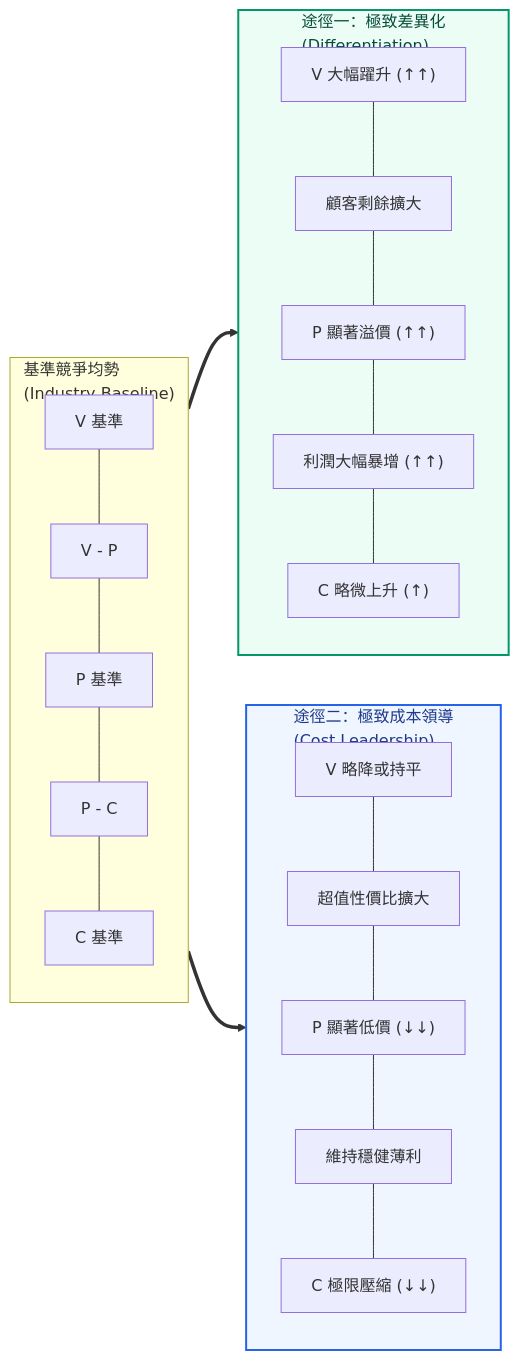
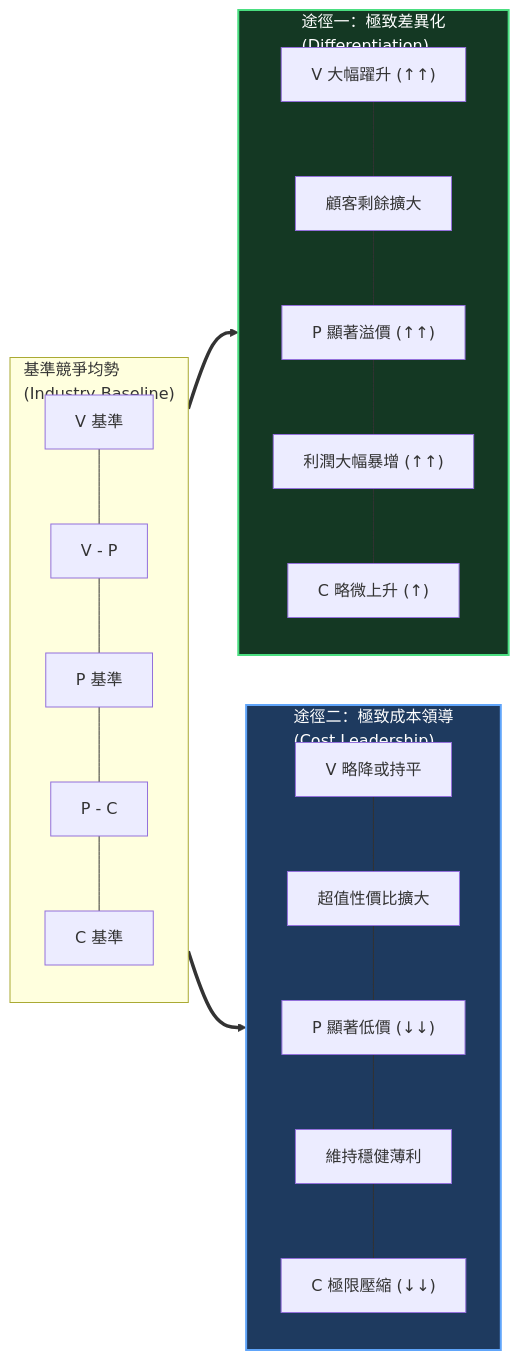
One commit to Jimlin0428/my-digital-garden changed the second of 5 diagrams in src/site/notes/98_商業概念庫/vpc-value-price-cost_價值價格成本分析.md. Above: the diagram before and after it, drawn with Mermaid. The commit also changed other lines of this file and 58 other files, not shown here.

````diff
--- a/src/site/notes/98_商業概念庫/vpc-value-price-cost_價值價格成本分析.md
+++ b/src/site/notes/98_商業概念庫/vpc-value-price-cost_價值價格成本分析.md
@@ -104,23 +104,23 @@
 ```mermaid
 flowchart LR
     subgraph Parity ["基準競爭均勢<br>(Industry Baseline)"]
         direction TB
         V0["V 基準"] --- CS0["V - P"] --- P0["P 基準"] --- FP0["P - C"] --- C0["C 基準"]
     end
 
     subgraph Diff ["途徑一：極致差異化<br>(Differentiation)"]
         direction TB
         V1["V 大幅躍升 (↑↑)"] --- CS1["顧客剩餘擴大"] --- P1["P 顯著溢價 (↑↑)"] --- FP1["利潤大幅暴增 (↑↑)"] --- C1["C 略微上升 (↑)"]
     end
 
     subgraph CostLead ["途徑二：極致成本領導<br>(Cost Leadership)"]
         direction TB
         V2["V 略降或持平"] --- CS2["超值性價比擴大"] --- P2["P 顯著低價 (↓↓)"] --- FP2["維持穩健薄利"] --- C2["C 極限壓縮 (↓↓)"]
     end
 
     Parity ==> Diff
     Parity ==> CostLead
 
-    style Diff fill:#ecfdf5,stroke:#059669,stroke-width:2px,color:#064e3b
-    style CostLead fill:#eff6ff,stroke:#2563eb,stroke-width:2px,color:#1e3a8a
+    style Diff fill:#143823,stroke:#4ade80,stroke-width:2px,color:#ffffff
+    style CostLead fill:#1e3a5f,stroke:#60a5fa,stroke-width:2px,color:#ffffff
 ```
````
